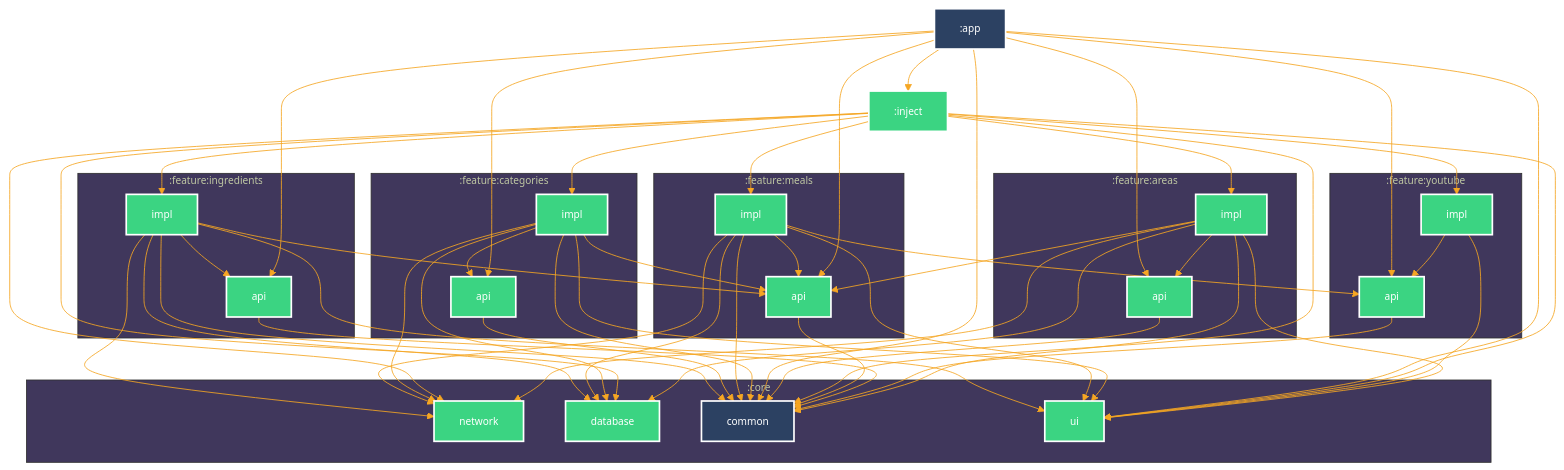
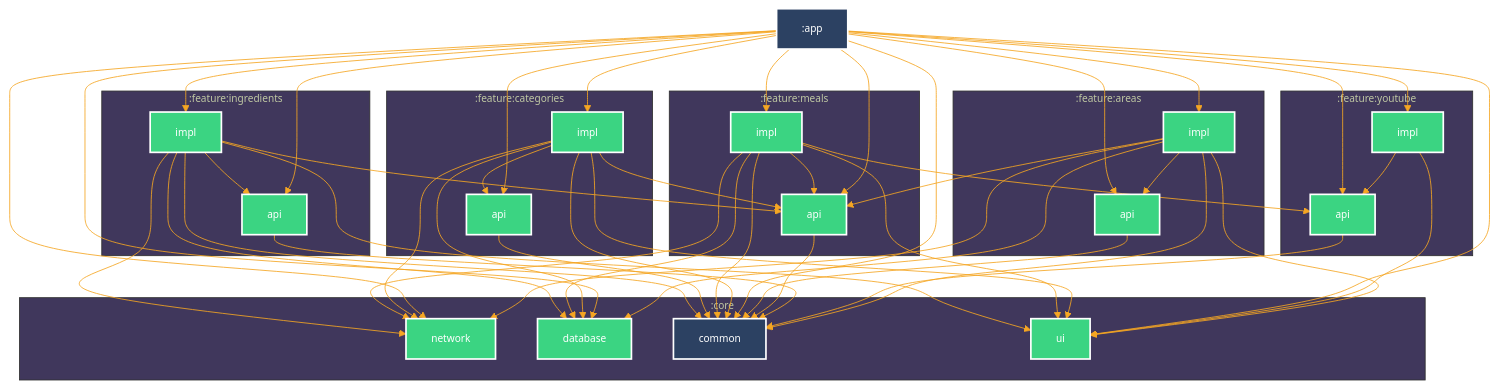
One commit to alexmprog/TheMeals changed the diagram in README.md. Above: the diagram before and after it, drawn with Mermaid. The commit also changed 16 other files, not shown here.

````diff
--- a/README.md
+++ b/README.md
@@ -45,8 +45,8 @@
     :feature:areas:api["api"]
   end
   subgraph :feature:categories
+    :feature:categories:api["api"]
     :feature:categories:impl["impl"]
-    :feature:categories:api["api"]
   end
   subgraph :feature:ingredients
     :feature:ingredients:api["api"]
@@ -71,24 +71,21 @@
   :feature:youtube:impl --> :core:ui
   :feature:youtube:impl --> :feature:youtube:api
   :feature:meals:api --> :core:common
-  :inject --> :core:network
-  :inject --> :core:database
-  :inject --> :core:common
-  :inject --> :core:ui
-  :inject --> :feature:areas:impl
-  :inject --> :feature:categories:impl
-  :inject --> :feature:ingredients:impl
-  :inject --> :feature:meals:impl
-  :inject --> :feature:youtube:impl
   :feature:areas:api --> :core:common
   :app --> :core:common
+  :app --> :core:database
   :app --> :core:ui
-  :app --> :inject
+  :app --> :core:network
   :app --> :feature:areas:api
+  :app --> :feature:areas:impl
   :app --> :feature:categories:api
+  :app --> :feature:categories:impl
   :app --> :feature:ingredients:api
+  :app --> :feature:ingredients:impl
   :app --> :feature:meals:api
+  :app --> :feature:meals:impl
   :app --> :feature:youtube:api
+  :app --> :feature:youtube:impl
   :feature:categories:impl --> :core:network
   :feature:categories:impl --> :core:database
   :feature:categories:impl --> :core:common
@@ -122,11 +119,10 @@
 class :feature:youtube:api android-library
 class :feature:ingredients:api android-library
 class :feature:youtube:impl android-library
-class :inject android-library
+class :app android-application
+class :feature:categories:api android-library
 class :feature:categories:impl android-library
 class :feature:ingredients:impl android-library
 class :feature:meals:impl android-library
-class :app android-application
-class :feature:categories:api android-library
 
 ```
````
